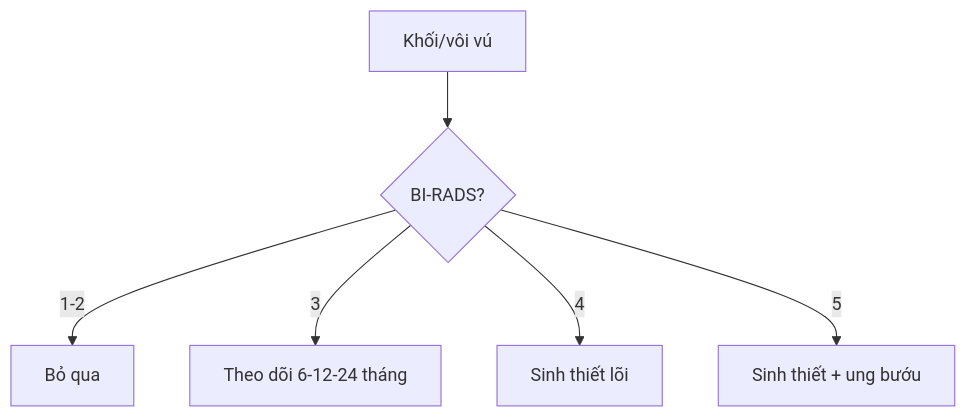
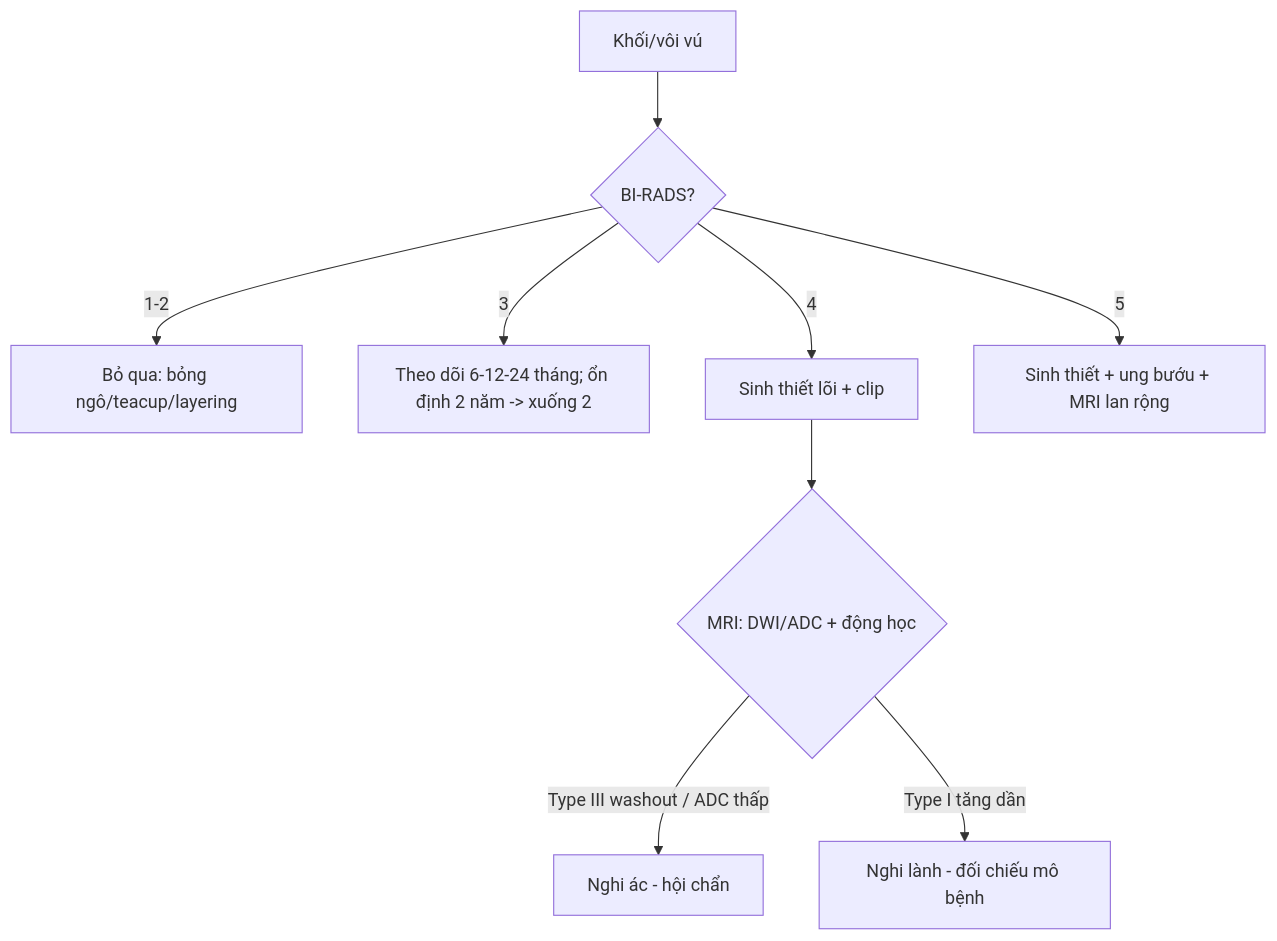
Before and after one commit to drthe92/rad: the diagram in 510-vu-BIRADS-nhu-anh-sieu-am-MRI/lesson.md, drawn with Mermaid. The commit also changed other lines of this file and 29 other files, not shown here.

First line of the commit message:
516: Hình ảnh vú sau điều trị (tái tạo, hoại tử mỡ, sẹo vs tái phát & BIA-ALCL) + backfill ảnh 510 (BI-RADS v2025, kinetics, DWI/ADC)

````diff
--- a/510-vu-BIRADS-nhu-anh-sieu-am-MRI/lesson.md
+++ b/510-vu-BIRADS-nhu-anh-sieu-am-MRI/lesson.md
@@ -44,8 +67,11 @@
 ```mermaid
 flowchart TD
   A[Khối/vôi vú] --> B{BI-RADS?}
-  B -->|1-2| C[Bỏ qua]
-  B -->|3| D[Theo dõi 6-12-24 tháng]
-  B -->|4| E[Sinh thiết lõi]
-  B -->|5| F[Sinh thiết + ung bướu]
+  B -->|1-2| C[Bỏ qua: bỏng ngô/teacup/layering]
+  B -->|3| D[Theo dõi 6-12-24 tháng; ổn định 2 năm -> xuống 2]
+  B -->|4| E[Sinh thiết lõi + clip]
+  B -->|5| F[Sinh thiết + ung bướu + MRI lan rộng]
+  E --> G{MRI: DWI/ADC + động học}
+  G -->|Type III washout / ADC thấp| H[Nghi ác - hội chẩn]
+  G -->|Type I tăng dần| I[Nghi lành - đối chiếu mô bệnh]
 ```
````
